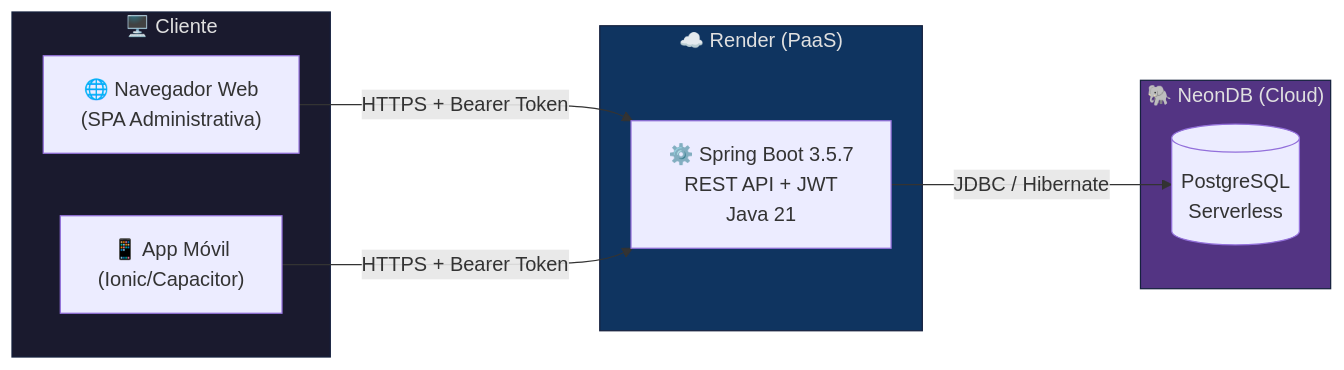
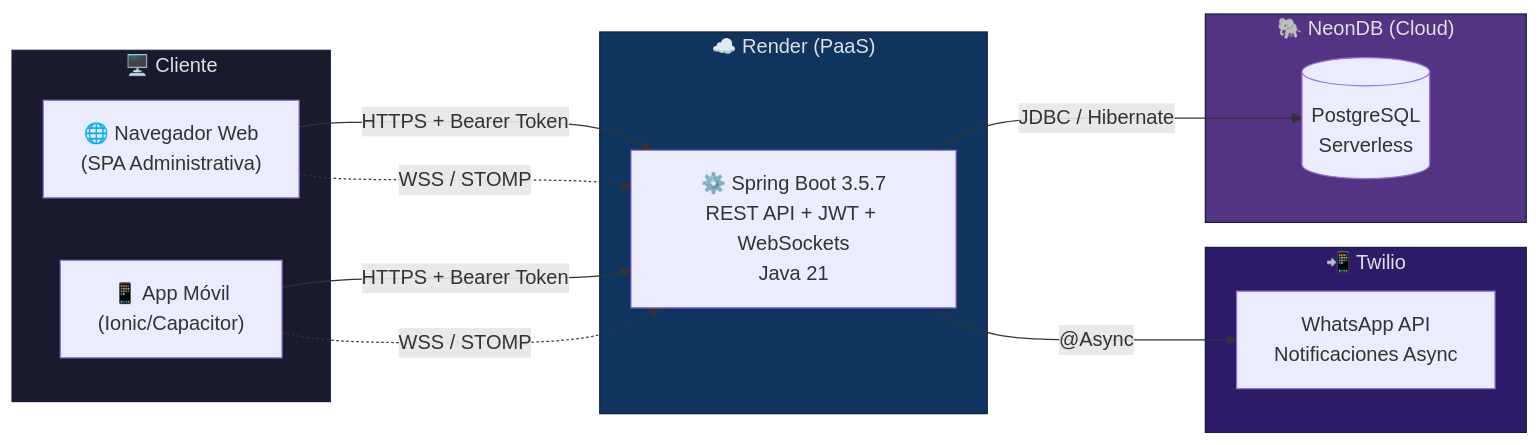
One commit to Sestmar/TFG-SergioEstudillo changed the first of 4 diagrams in README.md. Above: the diagram before and after it, drawn with Mermaid. The commit also changed other lines of this file, not shown here.

````diff
--- a/README.md
+++ b/README.md
@@ -55,23 +65,31 @@
 ```mermaid
 graph LR
     subgraph Cliente["🖥️ Cliente"]
         Browser["🌐 Navegador Web<br/>(SPA Administrativa)"]
         Mobile["📱 App Móvil<br/>(Ionic/Capacitor)"]
     end
 
     subgraph Render["☁️ Render (PaaS)"]
-        API["⚙️ Spring Boot 3.5.7<br/>REST API + JWT<br/>Java 21"]
+        API["⚙️ Spring Boot 3.5.7<br/>REST API + JWT + WebSockets<br/>Java 21"]
     end
 
     subgraph NeonDB["🐘 NeonDB (Cloud)"]
         DB[("PostgreSQL<br/>Serverless")]
     end
 
+    subgraph Twilio["📲 Twilio"]
+        WA["WhatsApp API<br/>Notificaciones Async"]
+    end
+
     Browser -- "HTTPS + Bearer Token" --> API
     Mobile -- "HTTPS + Bearer Token" --> API
+    Browser -. "WSS / STOMP" .-> API
+    Mobile -. "WSS / STOMP" .-> API
     API -- "JDBC / Hibernate" --> DB
+    API -- "@Async" --> WA
 
     style Cliente fill:#1a1a2e,stroke:#16213e,color:#e0e0e0
     style Render fill:#0f3460,stroke:#16213e,color:#e0e0e0
     style NeonDB fill:#533483,stroke:#16213e,color:#e0e0e0
+    style Twilio fill:#2d1b69,stroke:#16213e,color:#e0e0e0
 ```
````
